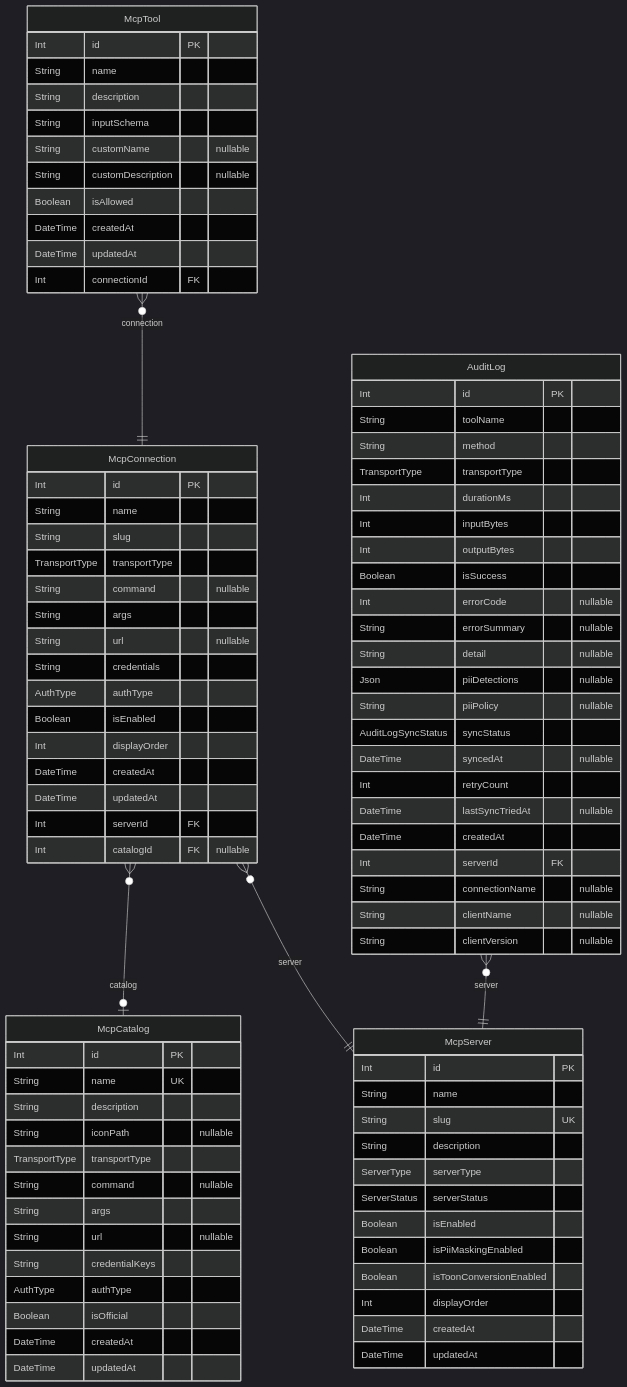
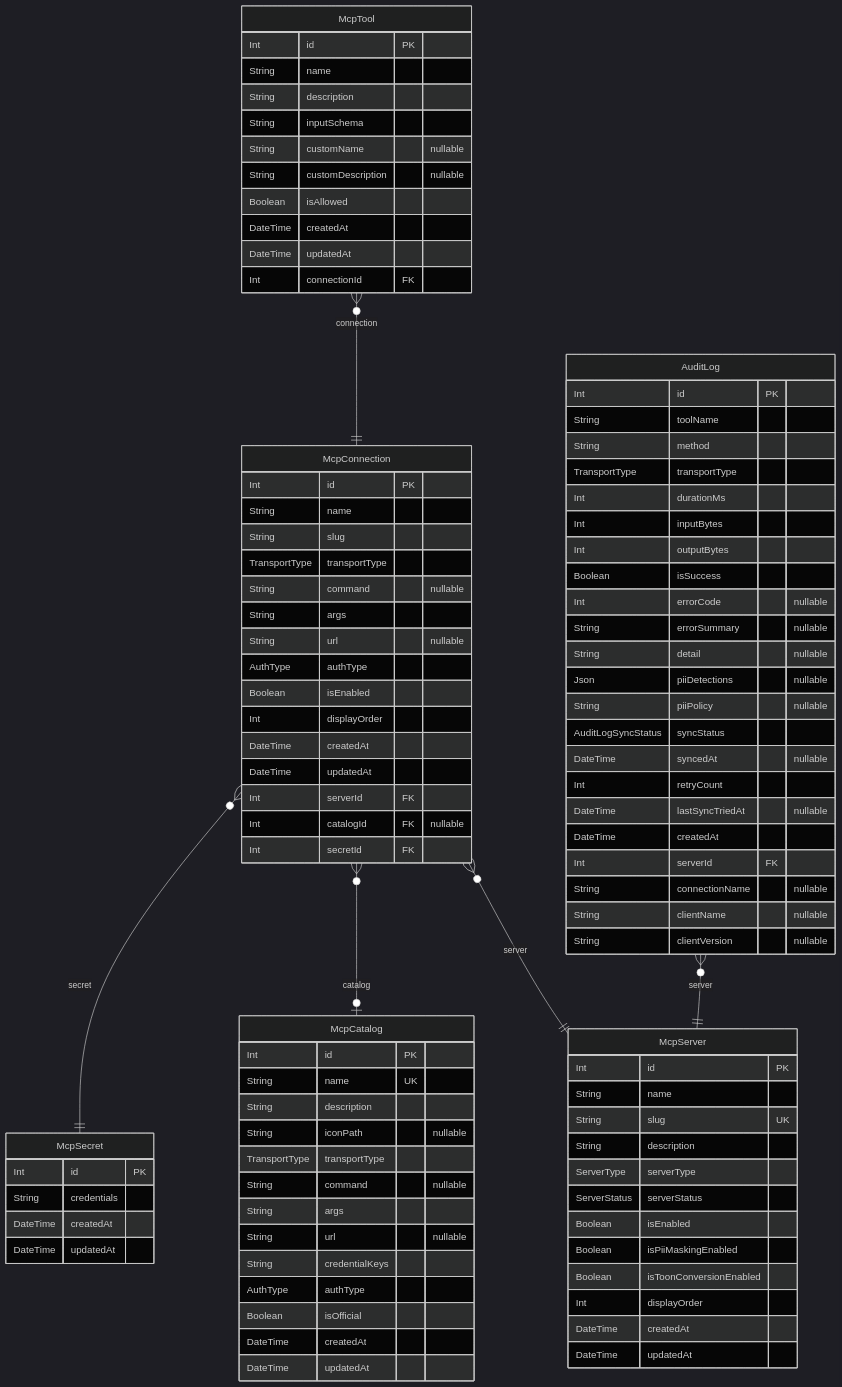
One commit to rayven122/tumiki changed the second of 3 diagrams in apps/desktop/prisma/README.md. Above: the diagram before and after it, drawn with Mermaid (dark theme). The commit also changed other lines of this file and 14 other files, not shown here.

````diff
--- a/apps/desktop/prisma/README.md
+++ b/apps/desktop/prisma/README.md
@@ -58,7 +58,6 @@
   String command "nullable"
   String args
   String url "nullable"
-  String credentials
   AuthType authType
   Boolean isEnabled
   Int displayOrder
@@ -66,6 +65,13 @@
   DateTime updatedAt
   Int serverId FK
   Int catalogId FK "nullable"
+  Int secretId FK
+}
+"McpSecret" {
+  Int id PK
+  String credentials
+  DateTime createdAt
+  DateTime updatedAt
 }
 "McpTool" {
   Int id PK
@@ -119,6 +125,7 @@
 }
 "McpConnection" }o--|| "McpServer" : server
 "McpConnection" }o--o| "McpCatalog" : catalog
+"McpConnection" }o--|| "McpSecret" : secret
 "McpTool" }o--|| "McpConnection" : connection
 "AuditLog" }o--|| "McpServer" : server
 ```
````
